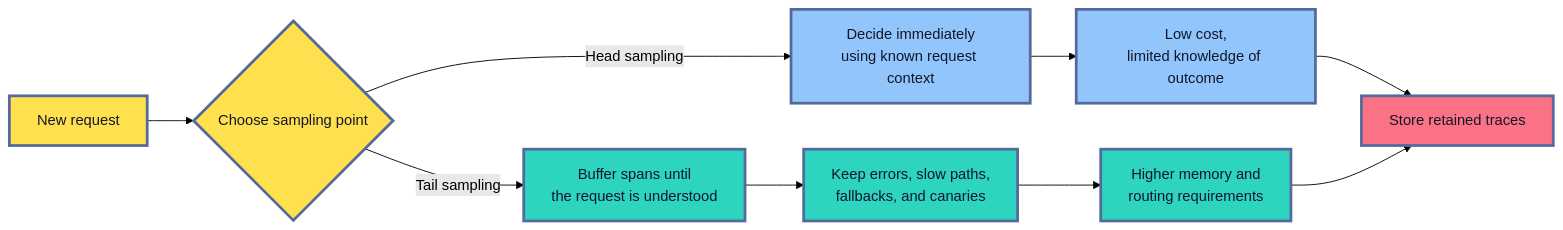
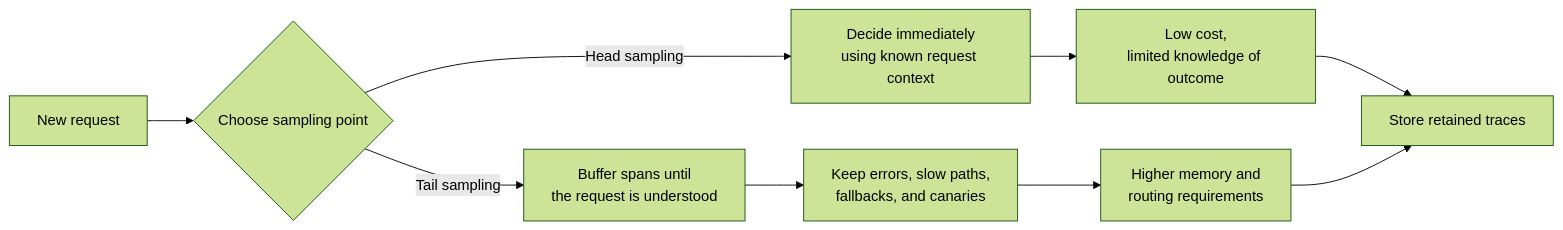
One commit to senlinyy/dev-roadmaps changed the eighth of 11 diagrams in roadmaps/mlops/modules/monitoring-and-feedback/system-observability/03-tracing-ml-services.md. Above: the diagram before and after it, drawn with Mermaid (forest theme). The commit also changed other lines of this file and 152 other files, not shown here.

Commit message:
feat: mlops and diagrams updated

````diff
--- a/roadmaps/mlops/modules/monitoring-and-feedback/system-observability/03-tracing-ml-services.md
+++ b/roadmaps/mlops/modules/monitoring-and-feedback/system-observability/03-tracing-ml-services.md
@@ -578,20 +561,16 @@
 ```mermaid
 flowchart LR
     A["New request"] --> B{"Choose sampling point"}
     B -->|"Head sampling"| C["Decide immediately<br/>using known request context"]
     C --> D["Low cost,<br/>limited knowledge of outcome"]
     B -->|"Tail sampling"| E["Buffer spans until<br/>the request is understood"]
     E --> F["Keep errors, slow paths,<br/>fallbacks, and canaries"]
     F --> G["Higher memory and<br/>routing requirements"]
     D --> H["Store retained traces"]
     G --> H
 
-    classDef choice fill:#FFE04F,stroke:#536A9A,stroke-width:3px,color:#111827
-    classDef head fill:#93C5FD,stroke:#536A9A,stroke-width:3px,color:#0F172A
-    classDef tail fill:#2DD4BF,stroke:#536A9A,stroke-width:3px,color:#0F172A
-    classDef store fill:#FB7185,stroke:#536A9A,stroke-width:3px,color:#111827
     class A,B choice
     class C,D head
     class E,F,G tail
     class H store
 ```
````
